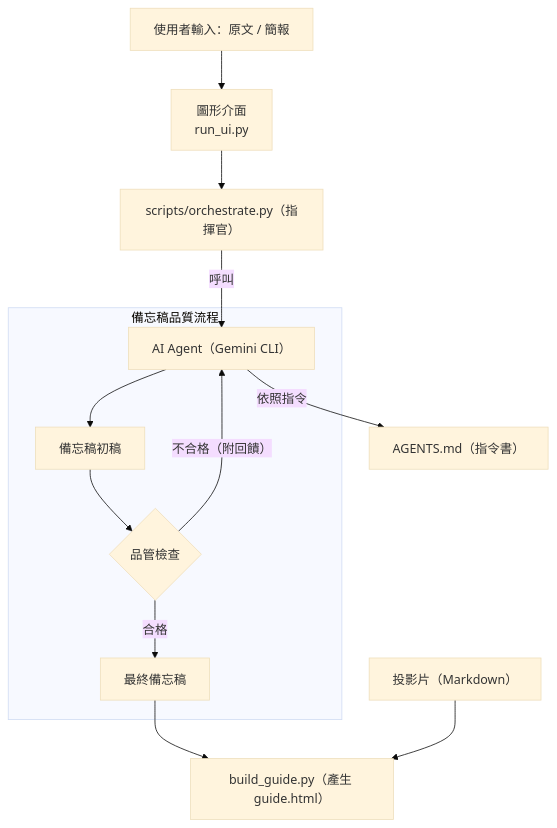
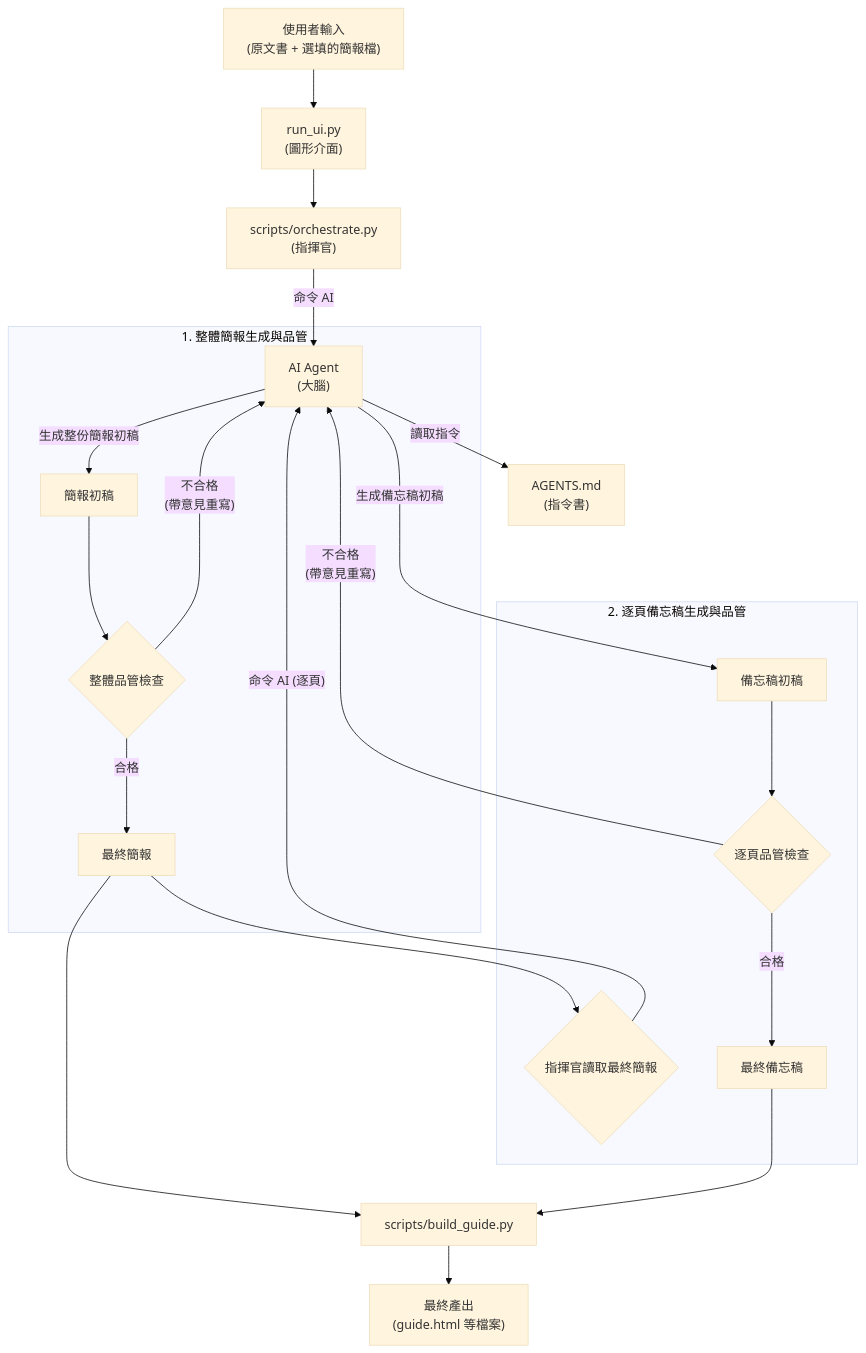
Before and after one commit to Chiakai-Chang/PPTPlaner: the diagram in README.md, drawn with Mermaid (base theme). The commit also changed other lines of this file, not shown here.

````diff
--- a/README.md
+++ b/README.md
@@ -106,18 +126,29 @@
 ```mermaid
 flowchart TD
-    A["使用者輸入：原文 / 簡報"] --> UI["圖形介面<br>run_ui.py"]
-    UI --> O["scripts/orchestrate.py（指揮官）"]
+    A["使用者輸入<br>(原文書 + 選填的簡報檔)"] --> B["run_ui.py<br>(圖形介面)"]
+    B --> C["scripts/orchestrate.py<br>(指揮官)"]
+    
+    C -- "命令 AI" --> D["AI Agent<br>(大腦)"]
+    D -- "讀取指令" --> E["AGENTS.md<br>(指令書)"]
 
-    O -- 呼叫 --> AGI["AI Agent（Gemini CLI）"]
-    AGI -- 依照指令 --> SPEC["AGENTS.md（指令書）"]
-
-    subgraph "備忘稿品質流程"
-        AGI --> Draft["備忘稿初稿"]
-        Draft --> QC{"品管檢查"}
-        QC -->|合格| Final["最終備忘稿"]
-        QC -->|不合格（附回饋）| AGI
+    subgraph "1. 整體簡報生成與品管"
+        D -- "生成整份簡報初稿" --> S1["簡報初稿"]
+        S1 --> V1{"整體品管檢查"}
+        V1 -- "合格" --> S2["最終簡報"]
+        V1 -- "不合格<br>(帶意見重寫)" --> D
     end
 
-    Final --> GUIDE["build_guide.py（產生 guide.html）"]
-    Slides["投影片（Markdown）"] --> GUIDE
+    subgraph "2. 逐頁備忘稿生成與品管"
+        S2 --> C2{指揮官讀取最終簡報}
+        C2 -- "命令 AI (逐頁)" --> D
+        D -- "生成備忘稿初稿" --> M1["備忘稿初稿"]
+        M1 --> V2{逐頁品管檢查}
+        V2 -- "合格" --> M2["最終備忘稿"]
+        V2 -- "不合格<br>(帶意見重寫)" --> D
+    end
+
+    S2 --> G
+    M2 --> G
+    
+    G["scripts/build_guide.py"] --> H["最終產出<br>(guide.html 等檔案)"]
 ```
````
